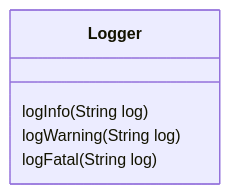
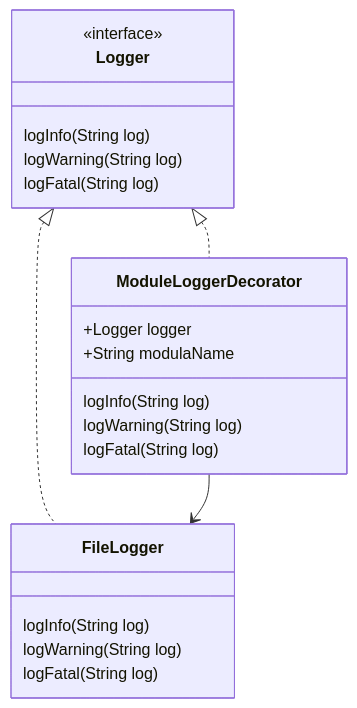
The sixth of 6 diagrams in README.md (ColAshN65/FirstTeamProject), drawn with Mermaid before and after one commit. The commit also changed other lines of this file, not shown here.

````diff
--- a/README.md
+++ b/README.md
@@ -188,9 +234,31 @@
 ```mermaid
 classDiagram
 
+  Logger <|.. ModuleLoggerDecorator
+  Logger <|.. FileLogger
+
+  ModuleLoggerDecorator --> FileLogger
+
   class Logger{
+    <<interface>>
     logInfo(String log)
     logWarning(String log)
     logFatal(String log)
   }
+
+  class ModuleLoggerDecorator{
+    +Logger logger
+    +String modulaName
+
+    logInfo(String log)
+    logWarning(String log)
+    logFatal(String log)
+  }
+
+  class FileLogger{
+    logInfo(String log)
+    logWarning(String log)
+    logFatal(String log)
+  }
+
 ```
````
